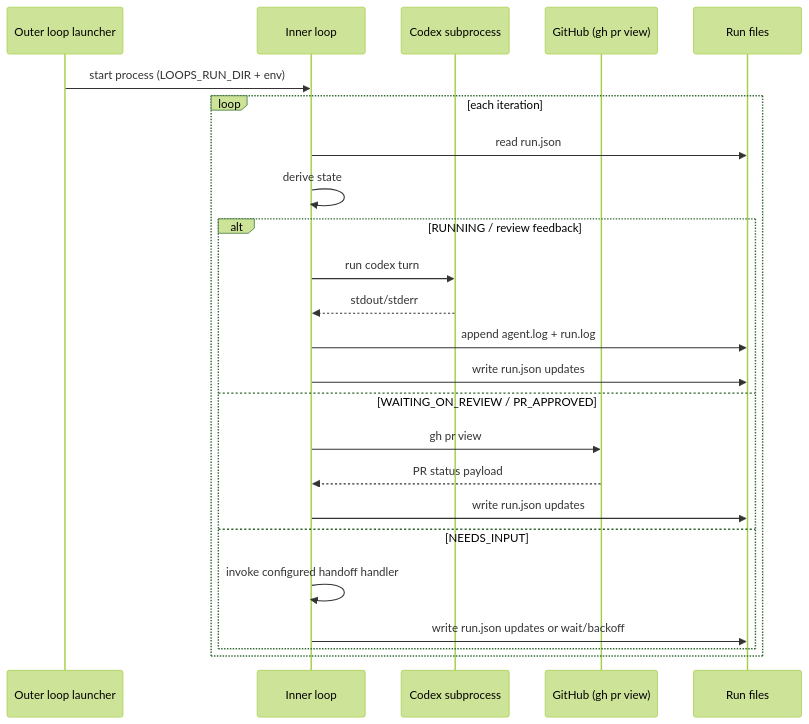
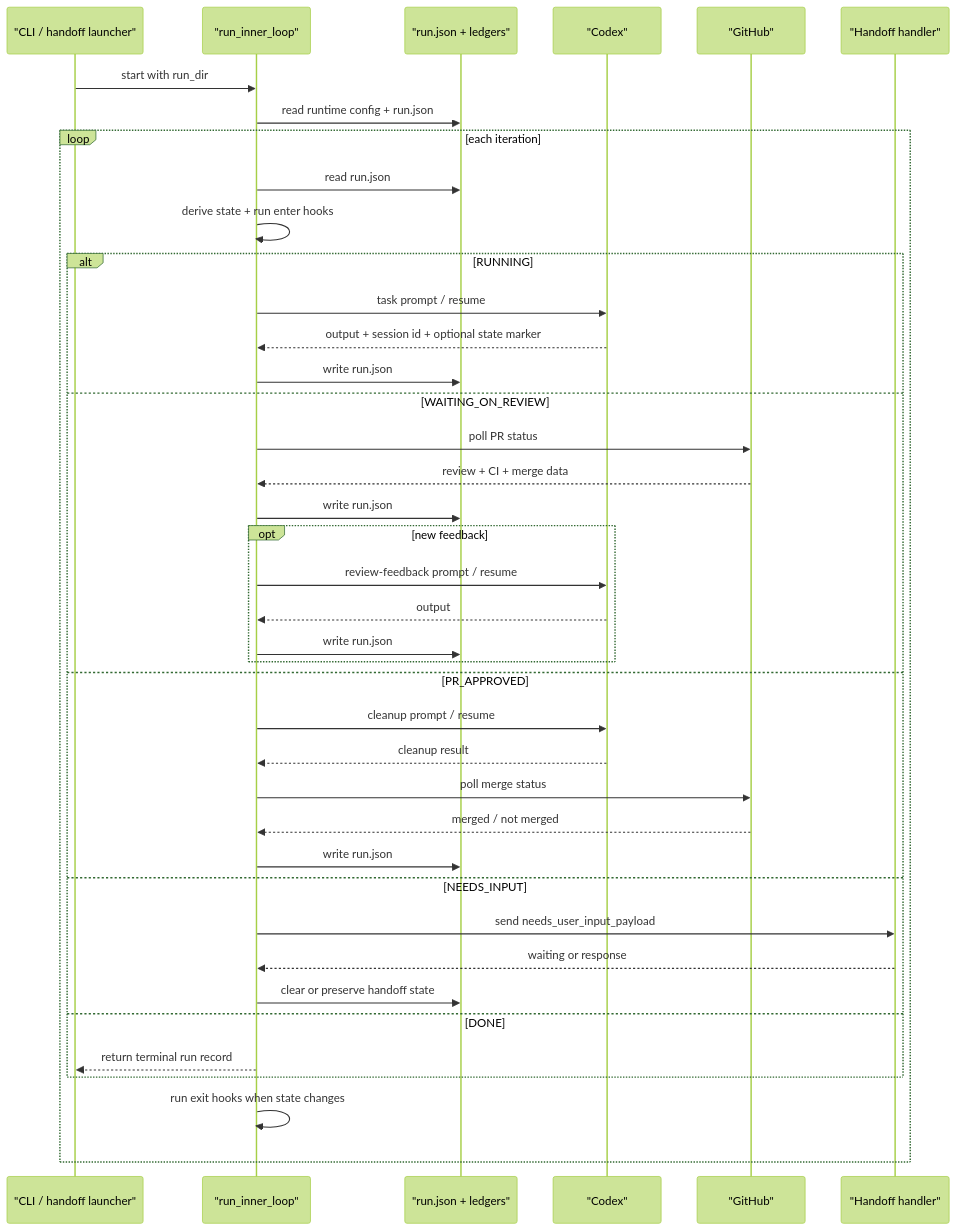
The diagram in docs/flows/ref.inner-loop.md (kevinslin/loops), drawn with Mermaid (forest theme) before and after one commit. The commit also changed other lines of this file and 1 other file, not shown here.

Commit message:
chore: update inner loop design

````diff
--- a/docs/flows/ref.inner-loop.md
+++ b/docs/flows/ref.inner-loop.md
@@ -86,27 +591,43 @@
 ```mermaid
 sequenceDiagram
-    participant O as Outer loop launcher
-    participant I as Inner loop
-    participant C as Codex subprocess
-    participant G as GitHub (gh pr view)
-    participant FS as Run files
+    participant CLI as "CLI / handoff launcher"
+    participant I as "run_inner_loop"
+    participant FS as "run.json + ledgers"
+    participant C as "Codex"
+    participant GH as "GitHub"
+    participant H as "Handoff handler"
 
-    O->>I: start process (LOOPS_RUN_DIR + env)
+    CLI->>I: start with run_dir
+    I->>FS: read runtime config + run.json
     loop each iteration
         I->>FS: read run.json
-        I->>I: derive state
-        alt RUNNING / review feedback
-            I->>C: run codex turn
-            C-->>I: stdout/stderr
-            I->>FS: append agent.log + run.log
-            I->>FS: write run.json updates
-        else WAITING_ON_REVIEW / PR_APPROVED
-            I->>G: gh pr view
-            G-->>I: PR status payload
-            I->>FS: write run.json updates
+        I->>I: derive state + run enter hooks
+        alt RUNNING
+            I->>C: task prompt / resume
+            C-->>I: output + session id + optional state marker
+            I->>FS: write run.json
+        else WAITING_ON_REVIEW
+            I->>GH: poll PR status
+            GH-->>I: review + CI + merge data
+            I->>FS: write run.json
+            opt new feedback
+                I->>C: review-feedback prompt / resume
+                C-->>I: output
+                I->>FS: write run.json
+            end
+        else PR_APPROVED
+            I->>C: cleanup prompt / resume
+            C-->>I: cleanup result
+            I->>GH: poll merge status
+            GH-->>I: merged / not merged
+            I->>FS: write run.json
         else NEEDS_INPUT
-            I->>I: invoke configured handoff handler
-            I->>FS: write run.json updates or wait/backoff
+            I->>H: send needs_user_input_payload
+            H-->>I: waiting or response
+            I->>FS: clear or preserve handoff state
+        else DONE
+            I-->>CLI: return terminal run record
         end
+        I->>I: run exit hooks when state changes
     end
 ```
````
